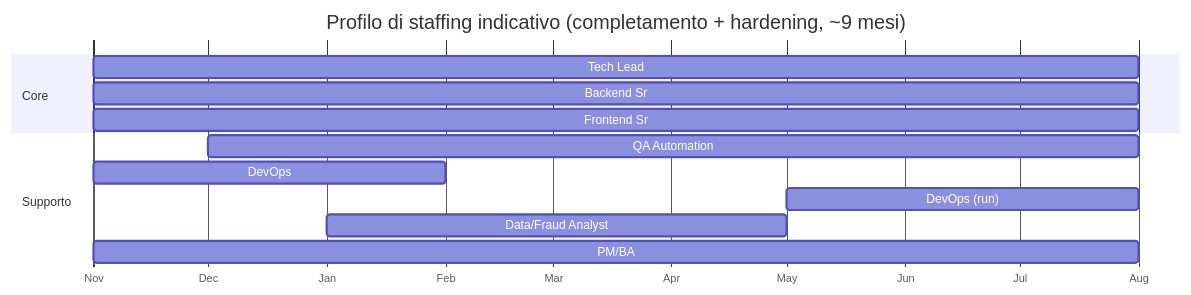
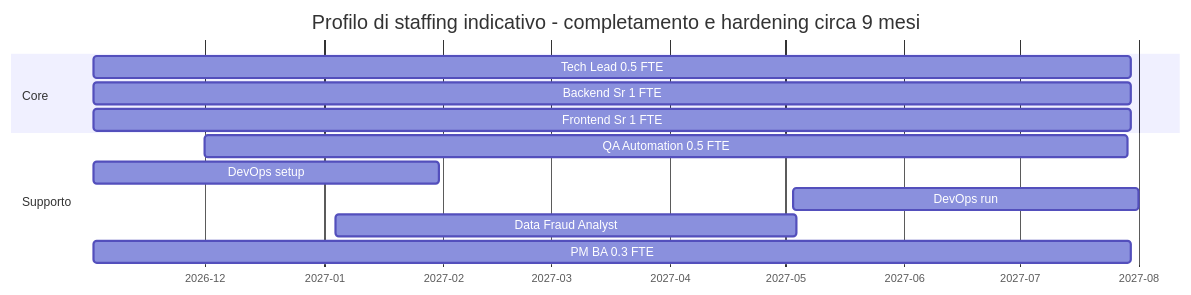
One commit to saristot/LOSS_PREVENTION changed the second of 2 diagrams in customspa-it-loss-prevention-d098a8b97860/Docs/15_fp_cocomo.md. Above: the diagram before and after it, drawn with Mermaid. The commit also changed other lines of this file and 23 other files, not shown here.

````diff
--- a/customspa-it-loss-prevention-d098a8b97860/Docs/15_fp_cocomo.md
+++ b/customspa-it-loss-prevention-d098a8b97860/Docs/15_fp_cocomo.md
@@ -110,16 +350,16 @@
 ```mermaid
 gantt
-  title Profilo di staffing indicativo (completamento + hardening, ~9 mesi)
-  dateFormat YYYY-MM
-  axisFormat %b
+  title Profilo di staffing indicativo - completamento e hardening circa 9 mesi
+  dateFormat YYYY-MM-DD
+  axisFormat %Y-%m
   section Core
-  Tech Lead            :2026-11, 9M
-  Backend Sr           :2026-11, 9M
-  Frontend Sr          :2026-11, 9M
+  Tech Lead 0.5 FTE :2026-11-02, 270d
+  Backend Sr 1 FTE :2026-11-02, 270d
+  Frontend Sr 1 FTE :2026-11-02, 270d
   section Supporto
-  QA Automation        :2026-12, 8M
-  DevOps               :2026-11, 3M
-  DevOps (run)         :2027-05, 3M
-  Data/Fraud Analyst   :2027-01, 4M
-  PM/BA                :2026-11, 9M
+  QA Automation 0.5 FTE :2026-12-01, 240d
+  DevOps setup :2026-11-02, 90d
+  DevOps run :2027-05-03, 90d
+  Data Fraud Analyst :2027-01-04, 120d
+  PM BA 0.3 FTE :2026-11-02, 270d
 ```
````
